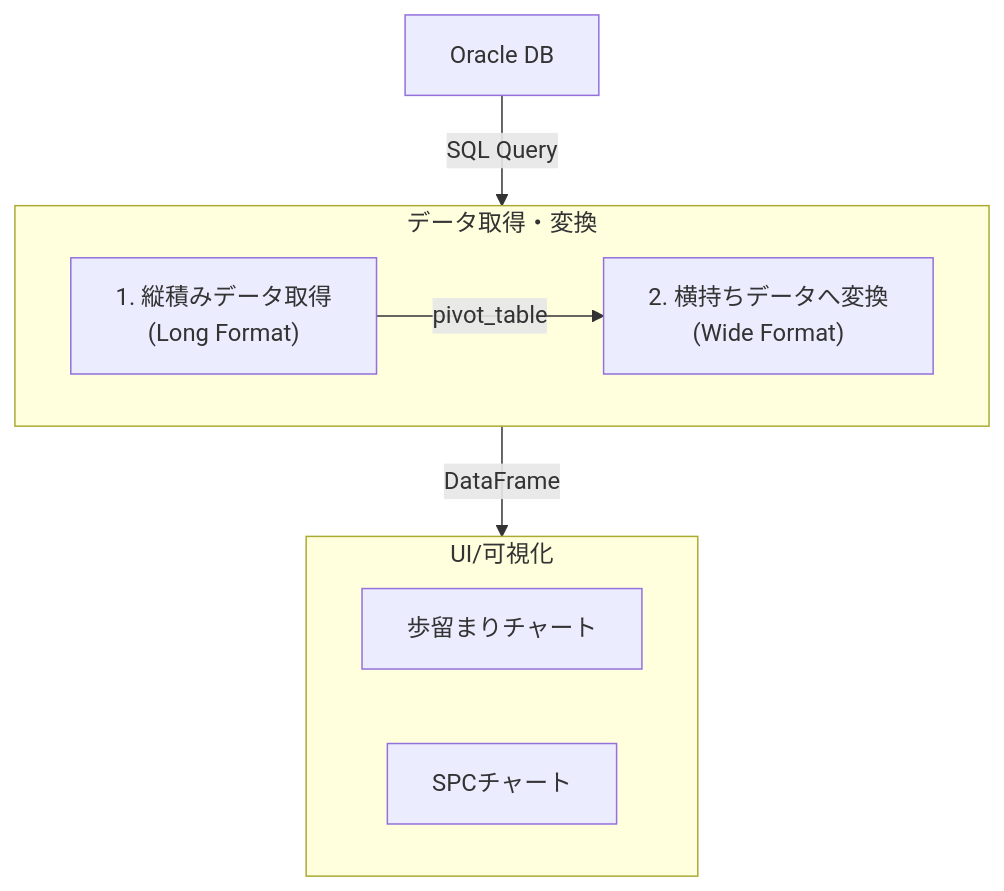
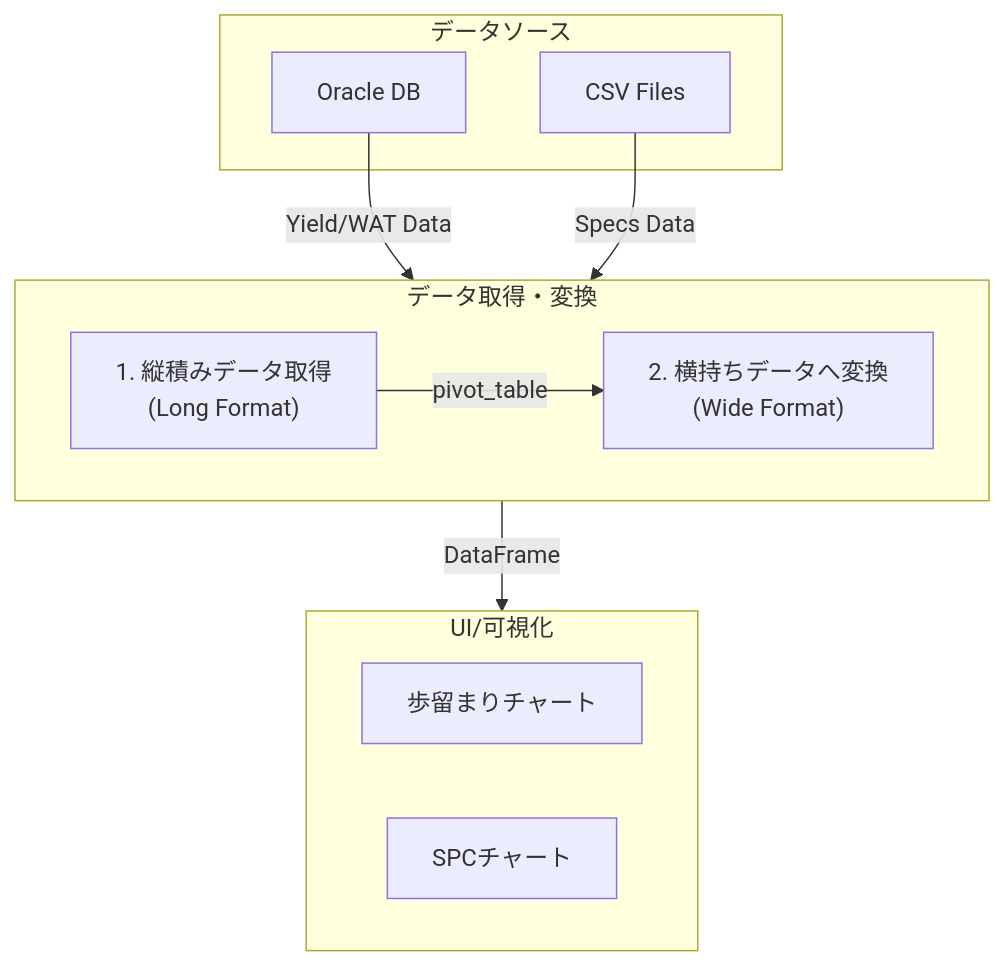
Before and after one commit to Kei0bb/dashboard: the diagram in README.md, drawn with Mermaid. The commit also changed other lines of this file and 4 other files, not shown here.

````diff
--- a/README.md
+++ b/README.md
@@ -68,12 +68,17 @@
 ```mermaid
 graph TD
-    A[Oracle DB] -- SQL Query --> B(db_utils.py);
+    subgraph A [データソース]
+        A1[Oracle DB]
+        A2[CSV Files]
+    end
+    A1 -- Yield/WAT Data --> B(db_utils.py);
+    A2 -- Specs Data --> B;
     subgraph B [データ取得・変換]
         direction LR
         B1["1. 縦積みデータ取得<br>(Long Format)"] -- pivot_table --> B2["2. 横持ちデータへ変換<br>(Wide Format)"];
     end
     B -- DataFrame --> C[pages/];
     subgraph C [UI/可視化]
         C1[歩留まりチャート] & C2[SPCチャート];
     end
 ```
````
